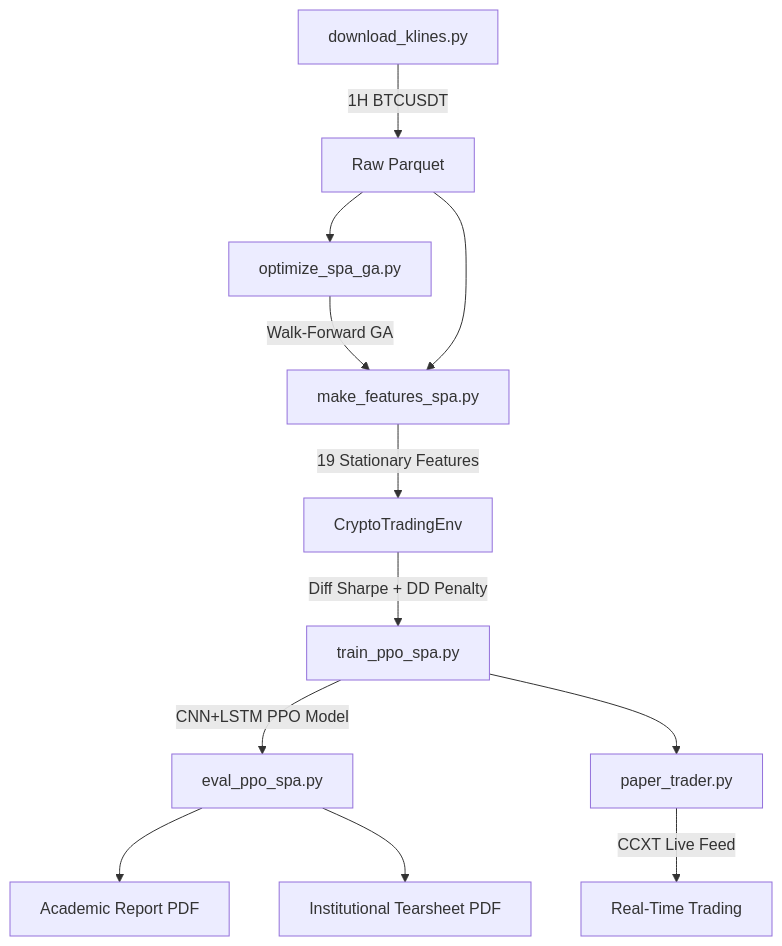
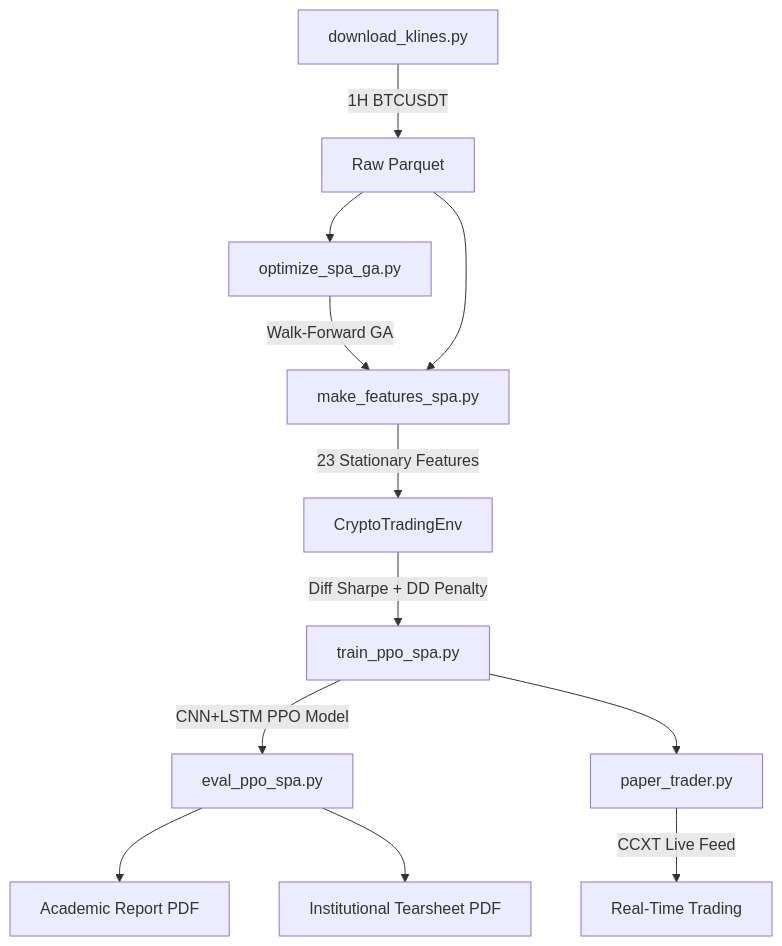
One commit to Avocadough/automated_trading_using_ai changed the diagram in README.md. Above: the diagram before and after it, drawn with Mermaid. The commit also changed other lines of this file and 33 other files, not shown here.

````diff
--- a/README.md
+++ b/README.md
@@ -9,14 +9,14 @@
 ```mermaid
 graph TD;
     A[download_klines.py] -->|1H BTCUSDT| B[Raw Parquet]
     B --> C[optimize_spa_ga.py]
     C -->|Walk-Forward GA| D[make_features_spa.py]
     B --> D
-    D -->|19 Stationary Features| E[CryptoTradingEnv]
+    D -->|23 Stationary Features| E[CryptoTradingEnv]
     E -->|Diff Sharpe + DD Penalty| F[train_ppo_spa.py]
     F -->|CNN+LSTM PPO Model| G[eval_ppo_spa.py]
     G --> H[Academic Report PDF]
     G --> I[Institutional Tearsheet PDF]
     F --> J[paper_trader.py]
     J -->|CCXT Live Feed| K[Real-Time Trading]
 ```
````
